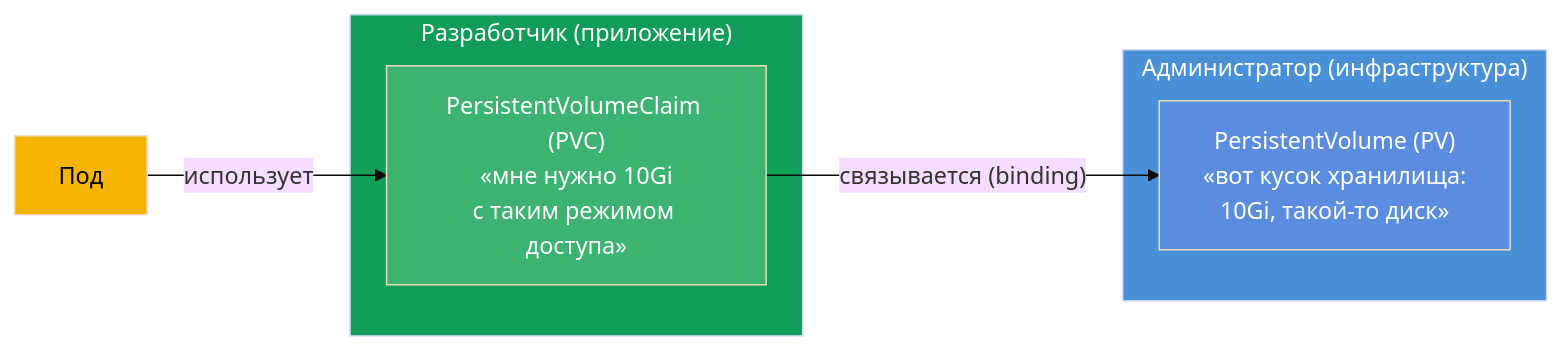
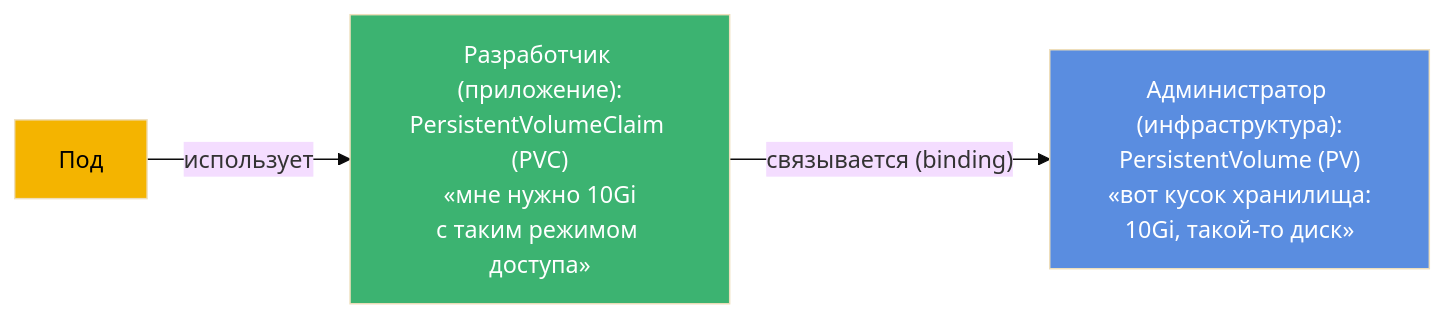
The first of 5 diagrams in tasks/cka/course/25/ru.md (ViktorUJ/cks), drawn with Mermaid (base theme) before and after one commit. The commit also changed other lines of this file and 30 other files, not shown here.

````diff
--- a/tasks/cka/course/25/ru.md
+++ b/tasks/cka/course/25/ru.md
@@ -15,16 +15,10 @@
 ```mermaid
 flowchart LR
-    subgraph Admin["Администратор (инфраструктура)"]
-        pv["PersistentVolume (PV)<br>«вот кусок хранилища:<br>10Gi, такой-то диск»"]
-    end
-    subgraph Dev["Разработчик (приложение)"]
-        pvc["PersistentVolumeClaim (PVC)<br>«мне нужно 10Gi<br>с таким режимом доступа»"]
-    end
+    pv["Администратор (инфраструктура):<br>PersistentVolume (PV)<br>«вот кусок хранилища:<br>10Gi, такой-то диск»"]
+    pvc["Разработчик (приложение):<br>PersistentVolumeClaim (PVC)<br>«мне нужно 10Gi<br>с таким режимом доступа»"]
     pvc -->|"связывается (binding)"| pv
     pod["Под"] -->|"использует"| pvc
-    style Admin fill:#4a90d9,color:#fff
-    style Dev fill:#0f9d58,color:#fff
     style pv fill:#5a8de0,color:#fff
     style pvc fill:#3cb371,color:#fff
     style pod fill:#f4b400,color:#000
 ```
````
